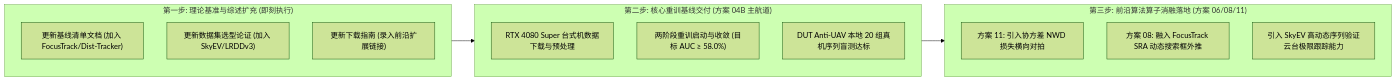
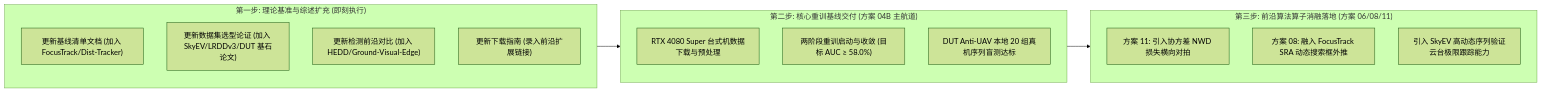
Before and after one commit to soranokiseki1437/nanhu_RGB_PTZ: the second of 2 diagrams in 待执行方案/临时_前沿小模型与数据集纳入课题演进规划方案.md, drawn with Mermaid (forest theme). The commit also changed other lines of this file and 4 other files, not shown here.

````diff
--- a/待执行方案/临时_前沿小模型与数据集纳入课题演进规划方案.md
+++ b/待执行方案/临时_前沿小模型与数据集纳入课题演进规划方案.md
@@ -142,23 +160,24 @@
 ```mermaid
 flowchart LR
     subgraph Step1 ["第一步: 理论基准与综述扩充 (即刻执行)"]
         A1["更新基线清单文档 (加入 FocusTrack/Dist-Tracker)"]
-        A2["更新数据集选型论证 (加入 SkyEV/LRDDv3)"]
-        A3["更新下载指南 (录入前沿扩展链接)"]
+        A2["更新数据集选型论证 (加入 SkyEV/LRDDv3/DUT 基石论文)"]
+        A3["更新检测前沿对比 (加入 HEDD/Ground-Visual-Edge)"]
+        A4["更新下载指南 (录入前沿扩展链接)"]
     end
 
     subgraph Step2 ["第二步: 核心重训基线交付 (方案 04B 主航道)"]
         B1["RTX 4080 Super 台式机数据下载与预处理"]
         B2["两阶段重训启动与收敛 (目标 AUC ≥ 58.0%)"]
         B3["DUT Anti-UAV 本地 20 组真机序列盲测达标"]
     end
 
     subgraph Step3 ["第三步: 前沿算法算子消融落地 (方案 06/08/11)"]
         C1["方案 11: 引入协方差 NWD 损失横向对拍"]
         C2["方案 08: 融入 FocusTrack SRA 动态搜索框外推"]
         C3["引入 SkyEV 高动态序列验证云台极限跟踪能力"]
     end
 
     Step1 --> Step2
     Step2 --> Step3
 ```
````
